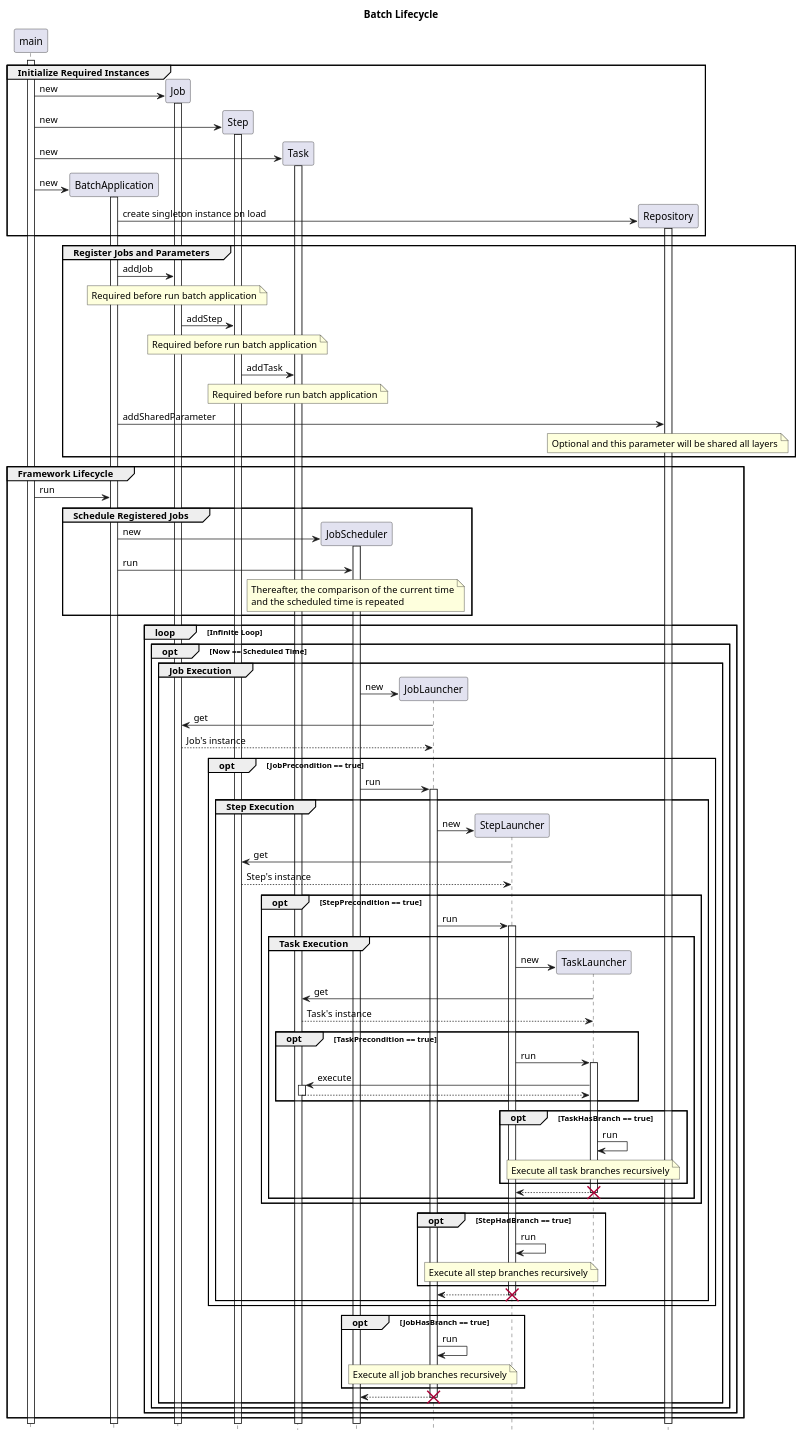
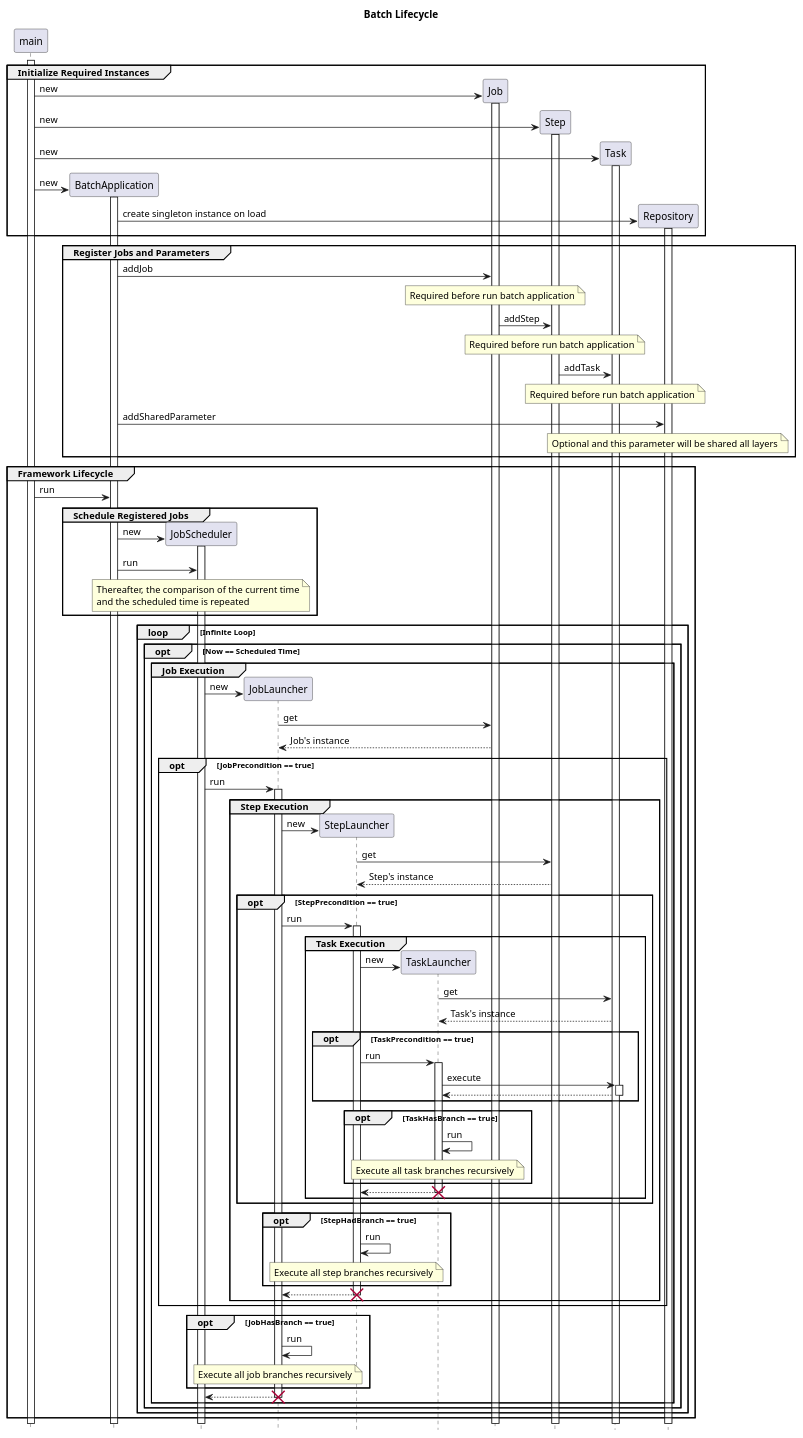
The diagram in design/sequence.pu (runchise/batch.dart), drawn with PlantUML before and after one commit. The commit also changed other lines of this file, not shown here.

```diff
--- a/design/sequence.pu
+++ b/design/sequence.pu
@@ -1,139 +1,139 @@
 @startuml Batch Lifecycle
 title Batch Lifecycle
 
 hide footbox
 participant main
 participant BatchApplication
-participant Job
-participant Step
-participant Task
 participant JobScheduler
 participant JobLauncher
 participant StepLauncher
 participant TaskLauncher
+participant Job
+participant Step
+participant Task
 participant Repository
 
 activate main
 
 group Initialize Required Instances
     create Job
     main -> Job: new
     activate Job
     create Step
     main -> Step: new
     activate Step
 
     create Task
     main -> Task: new
     activate Task
 
     create BatchApplication
     main -> BatchApplication: new
     activate BatchApplication
     create Repository
     BatchApplication -> Repository: create singleton instance on load
     activate Repository
 end
 
 group Register Jobs and Parameters
     BatchApplication -> Job: addJob
     note over Job: Required before run batch application
 
     Job -> Step: addStep
     note over Step: Required before run batch application
 
     Step -> Task: addTask
     note over Task: Required before run batch application
 
     BatchApplication -> Repository: addSharedParameter
     note over Repository: Optional and this parameter will be shared all layers
 end
 
 
 group Framework Lifecycle
     main -> BatchApplication: run
 
     group Schedule Registered Jobs
         create JobScheduler
         BatchApplication -> JobScheduler: new
         activate JobScheduler
 
         BatchApplication -> JobScheduler: run
         note over JobScheduler
             Thereafter, the comparison of the current time
             and the scheduled time is repeated
         end note
     end
 
     loop Infinite Loop
         opt Now == Scheduled Time
             group Job Execution
                 create JobLauncher
                 JobScheduler -> JobLauncher: new
                 JobLauncher -> Job: get
                 JobLauncher <-- Job: Job's instance
 
                 opt JobPrecondition == true
                     JobScheduler -> JobLauncher: run
 
                     activate JobLauncher
 
                     group Step Execution
                         create StepLauncher
                         JobLauncher -> StepLauncher: new
                         StepLauncher -> Step: get
                         StepLauncher <-- Step: Step's instance
 
                         opt StepPrecondition == true
                             JobLauncher -> StepLauncher: run
                             activate StepLauncher
 
                             group Task Execution
                                 create TaskLauncher
                                 StepLauncher -> TaskLauncher: new
                                 TaskLauncher -> Task: get
                                 TaskLauncher <-- Task: Task's instance
 
                                 opt TaskPrecondition == true
                                     StepLauncher -> TaskLauncher: run
                                     activate TaskLauncher
                                     TaskLauncher -> Task: execute
                                     activate Task
                                     TaskLauncher <-- Task
                                     deactivate Task
                                 end
 
                                 opt TaskHasBranch == true
                                     TaskLauncher -> TaskLauncher: run
                                     note over TaskLauncher: Execute all task branches recursively
                                 end
                                                                                                     StepLauncher <-- TaskLauncher
                                 deactivate TaskLauncher
                                 destroy TaskLauncher
                             end
                         end
 
                         opt StepHadBranch == true
                             StepLauncher -> StepLauncher: run
                             note over StepLauncher: Execute all step branches recursively
                         end
 
                         JobLauncher <-- StepLauncher
                         deactivate StepLauncher
                         destroy StepLauncher
                     end
                 end
 
                 opt JobHasBranch == true
                     JobLauncher -> JobLauncher: run
                     note over JobLauncher: Execute all job branches recursively
                 end
 
                 JobScheduler <-- JobLauncher
                 deactivate JobLauncher
                 destroy JobLauncher
             end
         end
     end
 end
 @enduml
```
